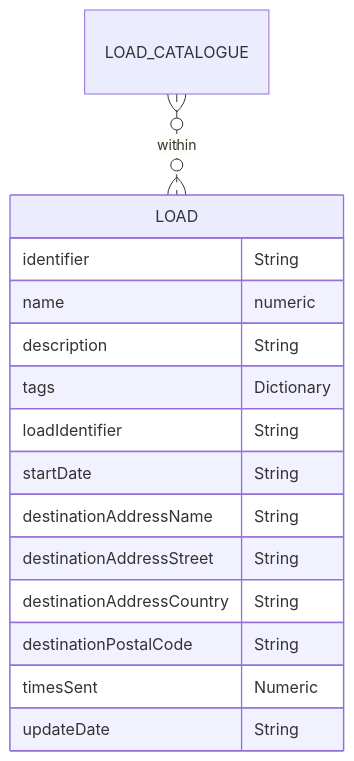
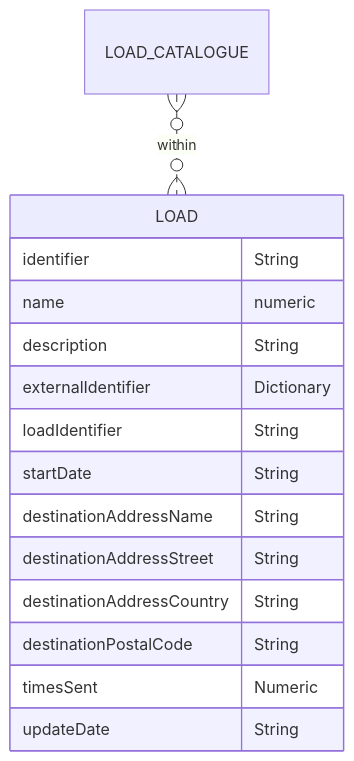
The diagram in docs/3_Data_Specification/3_7_Load.md (OpenDataManchester/Open3P), drawn with Mermaid before and after one commit. The commit also changed other lines of this file, not shown here.

````diff
--- a/docs/3_Data_Specification/3_7_Load.md
+++ b/docs/3_Data_Specification/3_7_Load.md
@@ -28,18 +28,18 @@
 ``` mermaid
 erDiagram
 LOAD_CATALOGUE }o..o{ LOAD : within
   LOAD {
     identifier String
     name numeric
     description String
-    tags Dictionary
+    externalIdentifier Dictionary
     loadIdentifier String
     startDate String
     destinationAddressName String
     destinationAddressStreet String
     destinationAddressCountry String
     destinationPostalCode String
     timesSent Numeric
     updateDate String
   }
 ```
````
